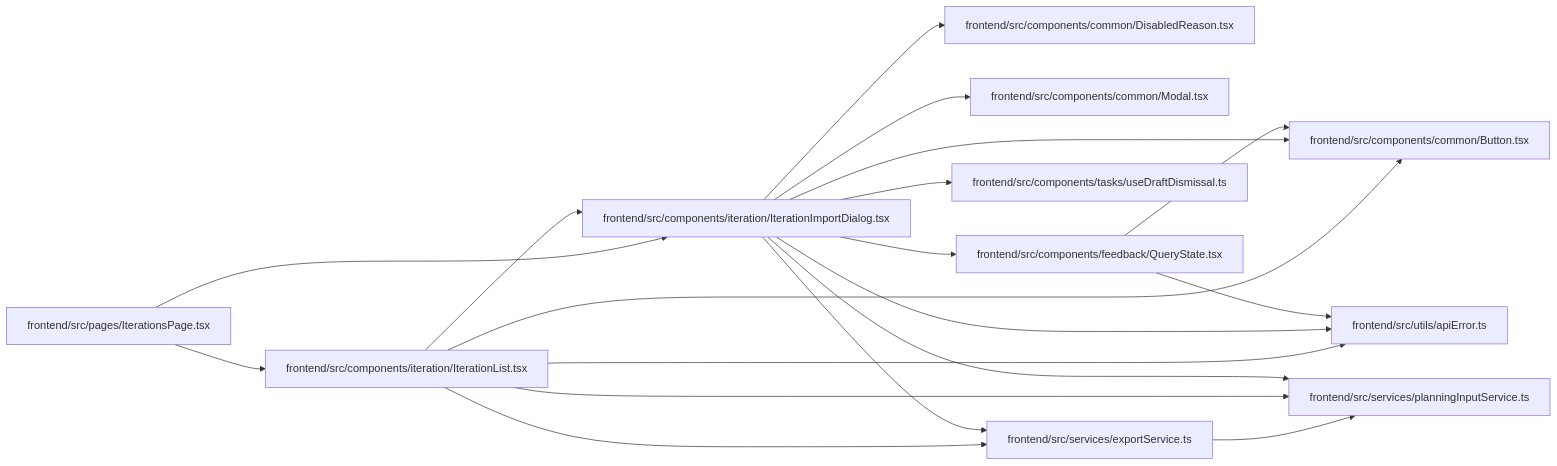
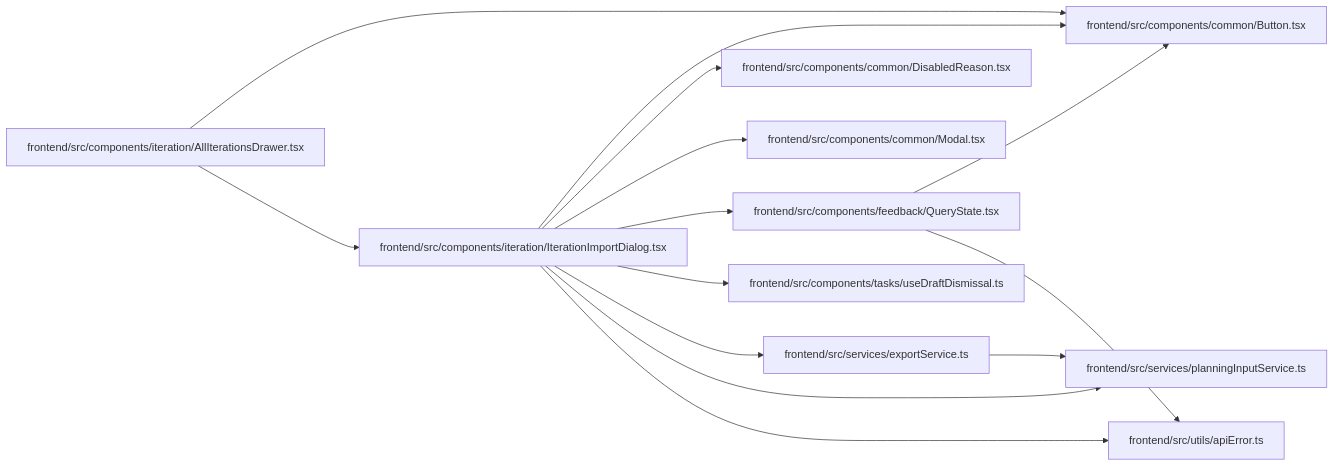
The diagram in docs/llm_wiki/modules/IterationImportDialog.md (Denissvgn/WorkChord), drawn with Mermaid before and after one commit. The commit also changed other lines of this file and 2373 other files, not shown here.

````diff
--- a/docs/llm_wiki/modules/IterationImportDialog.md
+++ b/docs/llm_wiki/modules/IterationImportDialog.md
@@ -36,43 +36,36 @@
 ```mermaid
 flowchart LR
     n0["frontend/src/components/common/Button.tsx"]
     n1["frontend/src/components/common/DisabledReason.tsx"]
     n2["frontend/src/components/common/Modal.tsx"]
     n3["frontend/src/components/feedback/QueryState.tsx"]
-    n4["frontend/src/components/iteration/IterationImportDialog.tsx"]
-    n5["frontend/src/components/iteration/IterationList.tsx"]
+    n4["frontend/src/components/iteration/AllIterationsDrawer.tsx"]
+    n5["frontend/src/components/iteration/IterationImportDialog.tsx"]
     n6["frontend/src/components/tasks/useDraftDismissal.ts"]
-    n7["frontend/src/pages/IterationsPage.tsx"]
-    n8["frontend/src/services/exportService.ts"]
-    n9["frontend/src/services/planningInputService.ts"]
-    n10["frontend/src/utils/apiError.ts"]
+    n7["frontend/src/services/exportService.ts"]
+    n8["frontend/src/services/planningInputService.ts"]
+    n9["frontend/src/utils/apiError.ts"]
     n3 --> n0
-    n3 --> n10
+    n3 --> n9
     n4 --> n0
-    n4 --> n1
-    n4 --> n2
-    n4 --> n3
-    n4 --> n6
-    n4 --> n8
-    n4 --> n9
-    n4 --> n10
+    n4 --> n5
     n5 --> n0
-    n5 --> n4
+    n5 --> n1
+    n5 --> n2
+    n5 --> n3
+    n5 --> n6
+    n5 --> n7
     n5 --> n8
     n5 --> n9
-    n5 --> n10
-    n7 --> n4
-    n7 --> n5
-    n8 --> n9
+    n7 --> n8
     click n0 "../modules/Button.md"
     click n1 "../modules/DisabledReason.md"
     click n2 "../modules/Modal.md"
     click n3 "../modules/QueryState.md"
-    click n4 "../modules/IterationImportDialog.md"
-    click n5 "../modules/IterationList.md"
+    click n4 "../modules/AllIterationsDrawer.md"
+    click n5 "../modules/IterationImportDialog.md"
     click n6 "../modules/useDraftDismissal.md"
-    click n7 "../modules/IterationsPage.md"
-    click n8 "../modules/exportService.md"
-    click n9 "../modules/planningInputService.md"
-    click n10 "../modules/apiError.md"
+    click n7 "../modules/exportService.md"
+    click n8 "../modules/planningInputService.md"
+    click n9 "../modules/apiError.md"
 ```
````
